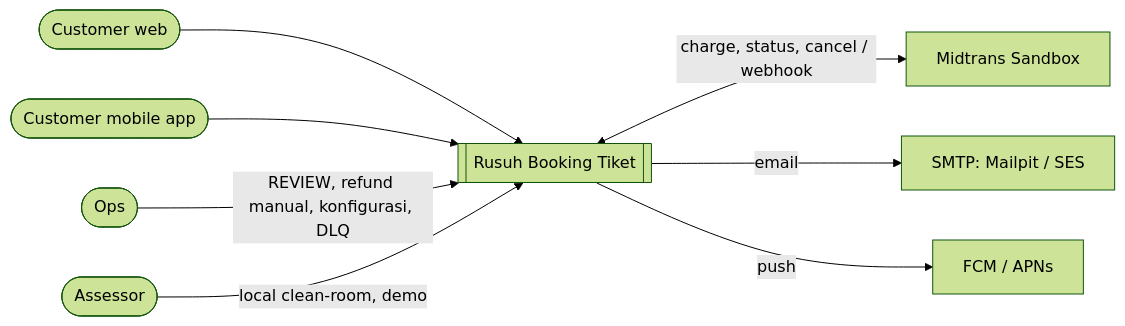
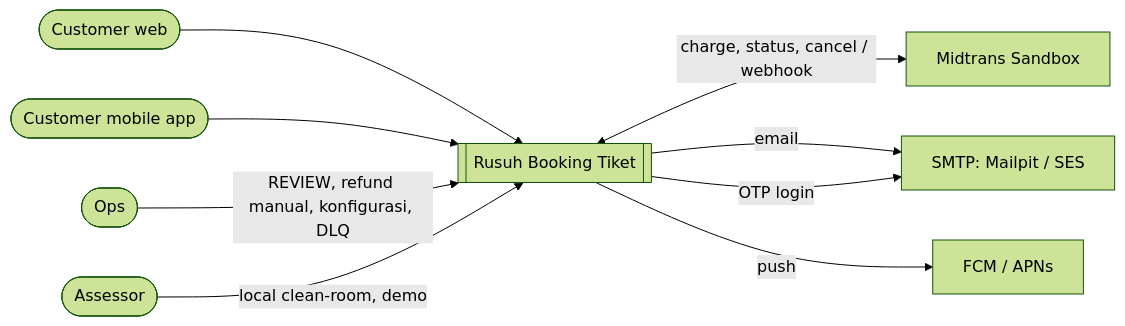
Before and after one commit to tiket-sampai-nonton/rusuh-booking-be: the first of 21 diagrams in docs/hld/03-HLD-AD-RBT-001.md, drawn with Mermaid (forest theme). The commit also changed other lines of this file and 28 other files, not shown here.

````diff
--- a/docs/hld/03-HLD-AD-RBT-001.md
+++ b/docs/hld/03-HLD-AD-RBT-001.md
@@ -133,10 +134,11 @@
 ```mermaid
 flowchart LR
     C([Customer web]) --> SYS[[Rusuh Booking Tiket]]
     M([Customer mobile app]) --> SYS
     O([Ops]) -->|REVIEW, refund manual, konfigurasi, DLQ| SYS
     A([Assessor]) -->|local clean-room, demo| SYS
     SYS <-->|charge, status, cancel / webhook| MT[Midtrans Sandbox]
     SYS -->|email| SMTP[SMTP: Mailpit / SES]
     SYS -->|push| FCM[FCM / APNs]
+    SYS -->|OTP login| SMTP
 ```
````
